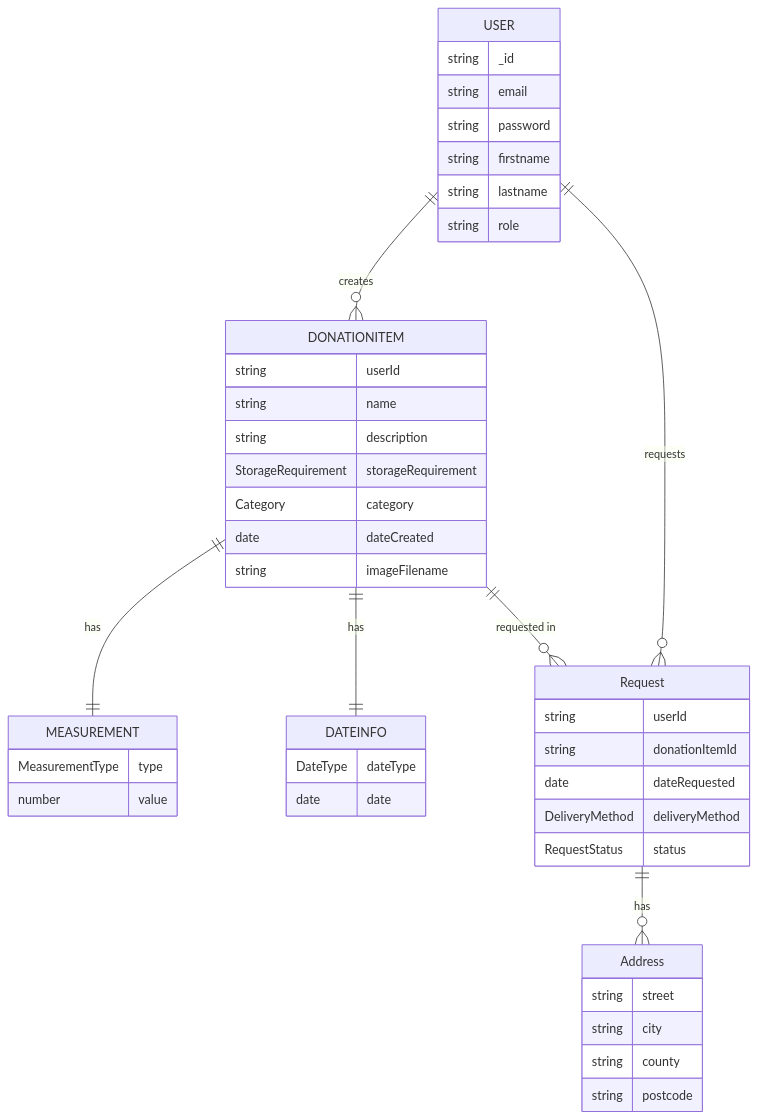
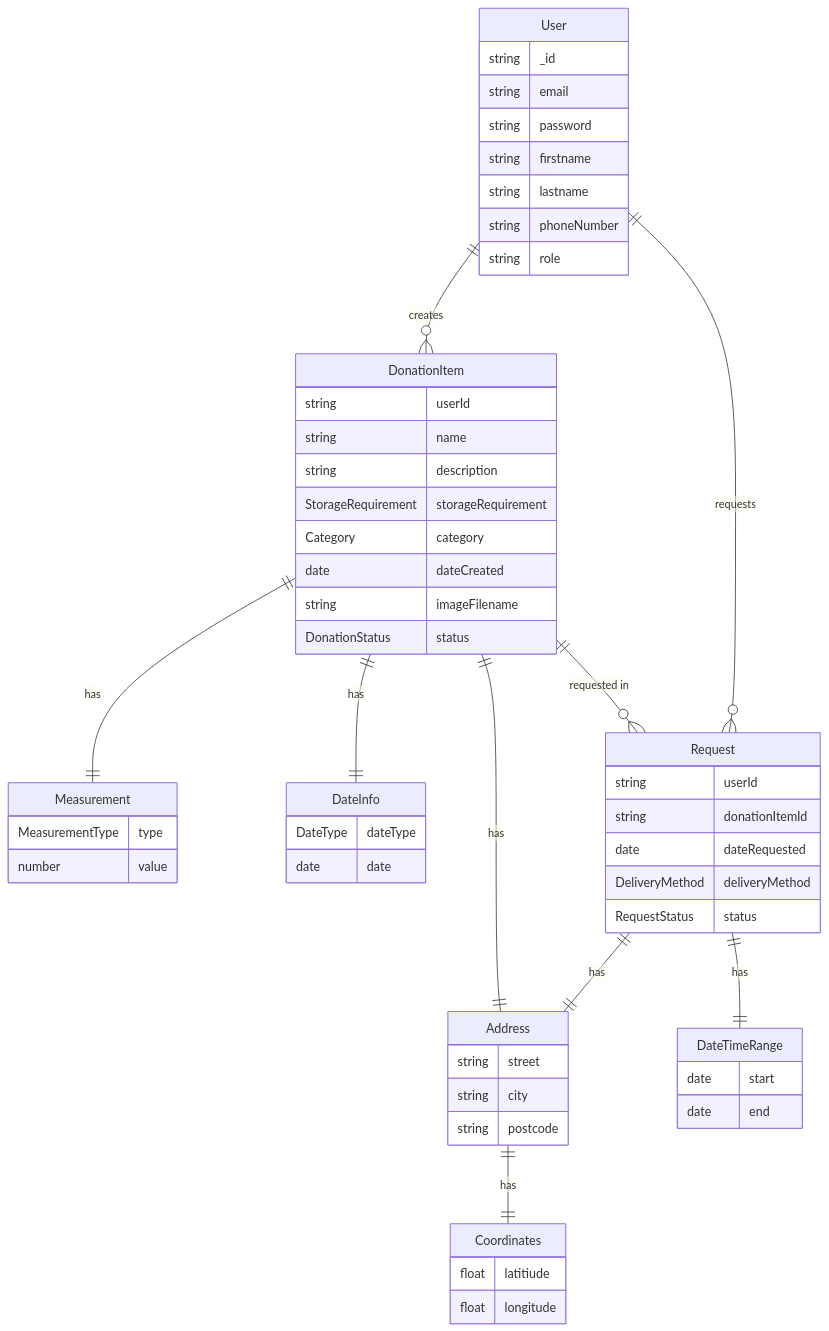
The diagram in README.md (fl3my/spn-share-app), drawn with Mermaid before and after one commit. The commit also changed 1 other file, not shown here.

Commit message:
Update the er diagram

````diff
--- a/README.md
+++ b/README.md
@@ -7,47 +7,60 @@
 ```mermaid
     erDiagram
-    USER ||--o{ DONATIONITEM : "creates"
-    USER {
+    User ||--o{ DonationItem : "creates"
+    User {
         string _id
         string email
         string password
         string firstname
         string lastname
+        string phoneNumber
         string role
     }
-    DONATIONITEM ||--|| MEASUREMENT : has
-    DONATIONITEM ||--|| DATEINFO : has
-    DONATIONITEM {
+    DonationItem ||--|| Measurement : has
+    DonationItem ||--|| DateInfo : has
+    DonationItem ||--|| Address : has
+    DonationItem {
         string userId
         string name
         string description
         StorageRequirement storageRequirement
         Category category
         date dateCreated
         string imageFilename
+        DonationStatus status
     }
-    MEASUREMENT {
+    Measurement {
         MeasurementType type
         number value
     }
-    DATEINFO {
+    DateInfo {
         DateType dateType
         date date
     }
-    USER ||--o{ Request : "requests"
-    DONATIONITEM ||--o{ Request : "requested in"
-    Request ||--o{ Address : has
+    User ||--o{ Request : "requests"
+    DonationItem ||--o{ Request : "requested in"
+    Request ||--|| Address : has
+    Address ||--|| Coordinates : has
+    Request ||--|| DateTimeRange : has
+
     Request {
         string userId
         string donationItemId
         date dateRequested
         DeliveryMethod deliveryMethod
         RequestStatus status
     }
     Address {
         string street
         string city
-        string county
         string postcode
     }
+    Coordinates {
+        float latitiude
+        float longitude
+    }
+    DateTimeRange {
+        date start
+        date end
+    }
 ```
````
